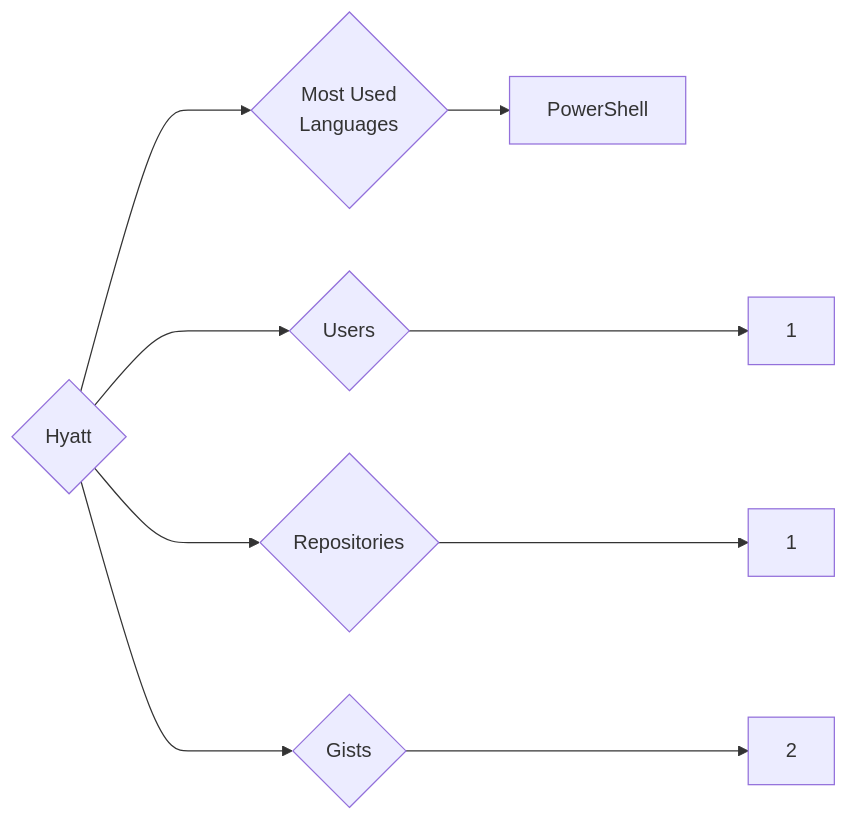
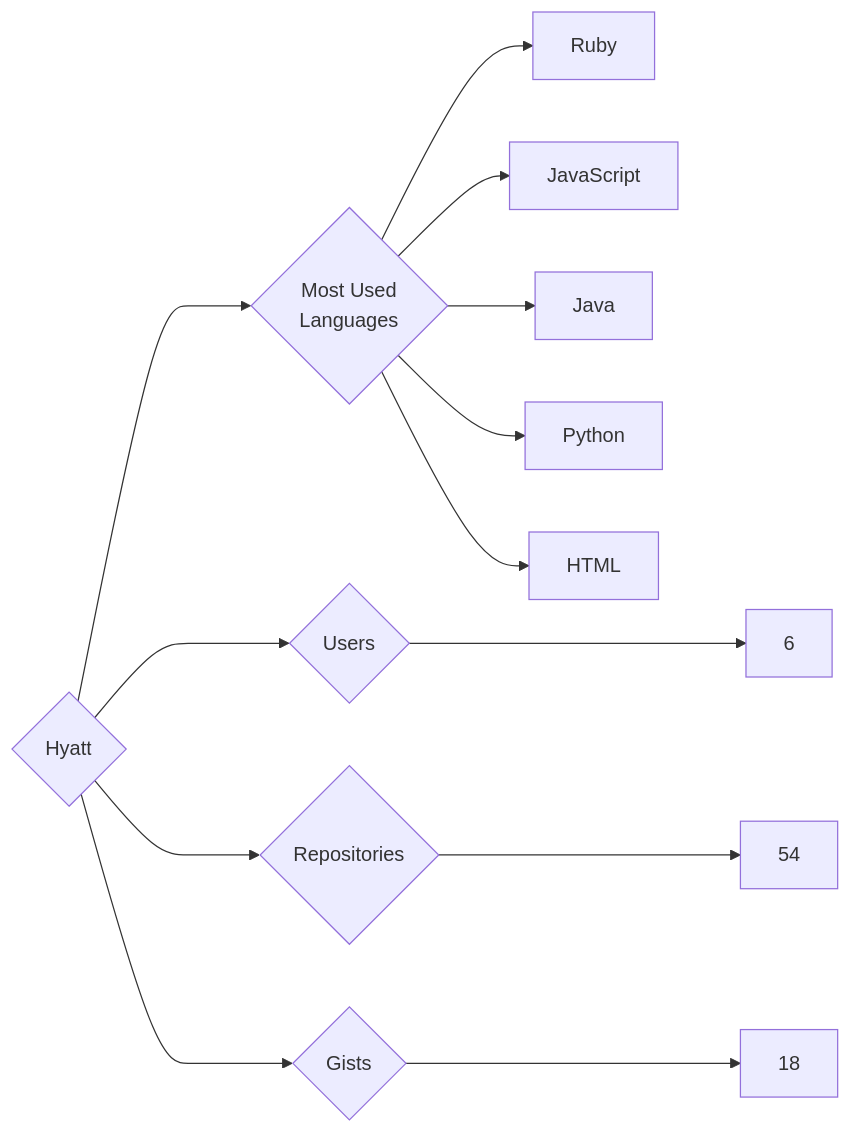
Before and after one commit to trickest/insiders: the diagram in targets/Hyatt/README.md, drawn with Mermaid. The commit also changed 1003 other files, not shown here.

````diff
--- a/targets/Hyatt/README.md
+++ b/targets/Hyatt/README.md
@@ -3,9 +3,13 @@
 ```mermaid
 graph LR
 COMPANY_NAME{Hyatt}
-COMPANY_NAME ---> U{Users} ---> UN[1]
-COMPANY_NAME ---> R{Repositories} ---> RN[1]
-COMPANY_NAME ---> G{Gists} ---> GN[2]
+COMPANY_NAME ---> U{Users} ---> UN[6]
+COMPANY_NAME ---> R{Repositories} ---> RN[54]
+COMPANY_NAME ---> G{Gists} ---> GN[18]
 COMPANY_NAME ---> ML{Most Used<br>Languages}
-ML --> PowerShell[PowerShell]
+ML --> Ruby[Ruby]
+ML --> JavaScript[JavaScript]
+ML --> Java[Java]
+ML --> Python[Python]
+ML --> HTML[HTML]
 ```
````
